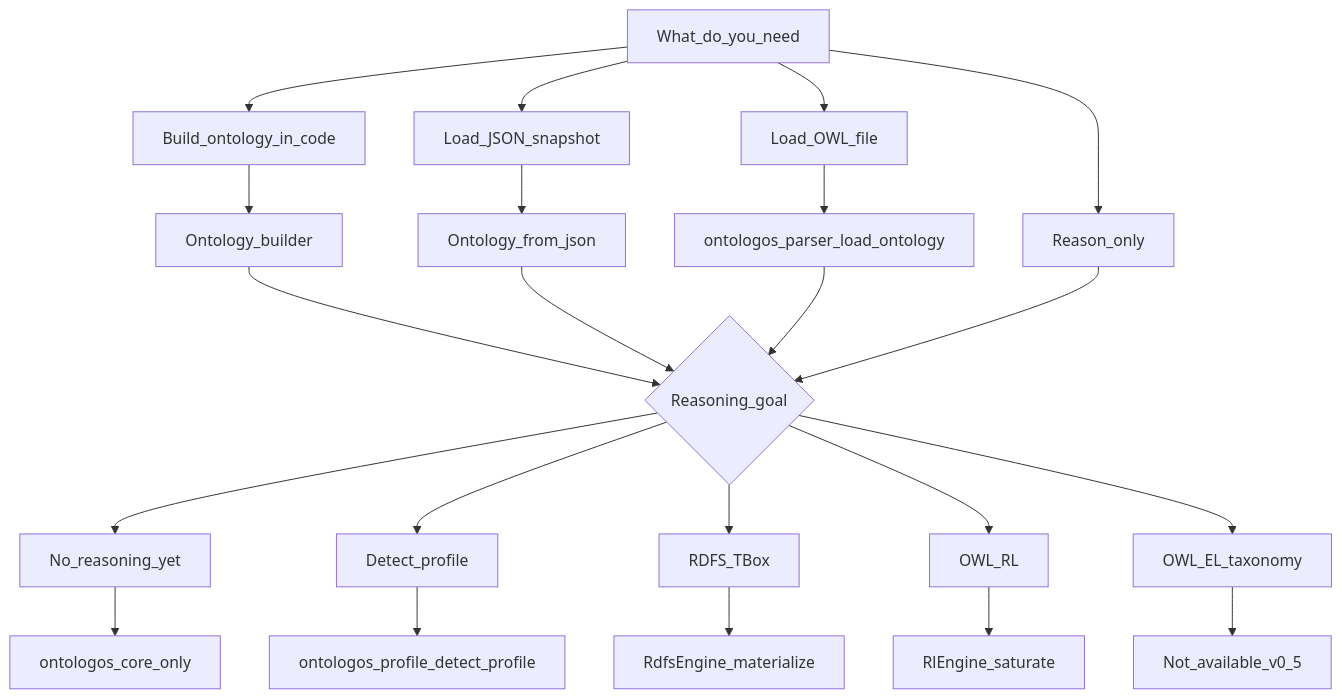
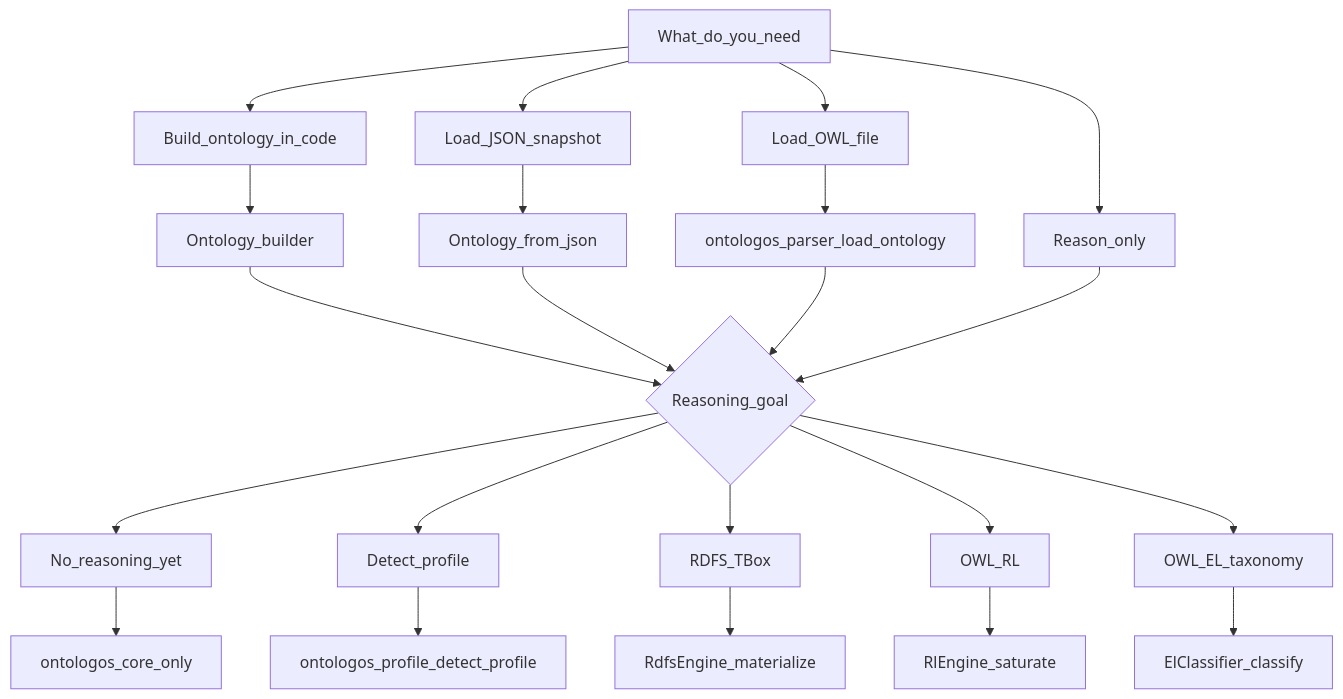
One commit to eddiethedean/ontologos changed the diagram in docs/guides/choosing-an-api.md. Above: the diagram before and after it, drawn with Mermaid. The commit also changed other lines of this file and 37 other files, not shown here.

````diff
--- a/docs/guides/choosing-an-api.md
+++ b/docs/guides/choosing-an-api.md
@@ -7,29 +7,29 @@
 ```mermaid
 flowchart TD
   start[What_do_you_need]
   start --> buildCode[Build_ontology_in_code]
   start --> loadFile[Load_OWL_file]
   start --> jsonSnap[Load_JSON_snapshot]
   start --> reasonOnly[Reason_only]
 
   buildCode --> builder[Ontology_builder]
   jsonSnap --> fromJson[Ontology_from_json]
   loadFile --> loadOnt[ontologos_parser_load_ontology]
 
   builder --> goal{Reasoning_goal}
   fromJson --> goal
   loadOnt --> goal
   reasonOnly --> goal
 
   goal --> none[No_reasoning_yet]
   goal --> profile[Detect_profile]
   goal --> rdfsGoal[RDFS_TBox]
   goal --> rlGoal[OWL_RL]
   goal --> elGoal[OWL_EL_taxonomy]
 
   none --> coreOnly[ontologos_core_only]
   profile --> detect[ontologos_profile_detect_profile]
   rdfsGoal --> rdfsEng[RdfsEngine_materialize]
   rlGoal --> rlEng[RlEngine_saturate]
-  elGoal --> elStub[Not_available_v0_5]
+  elGoal --> elEng[ElClassifier_classify]
 ```
````
